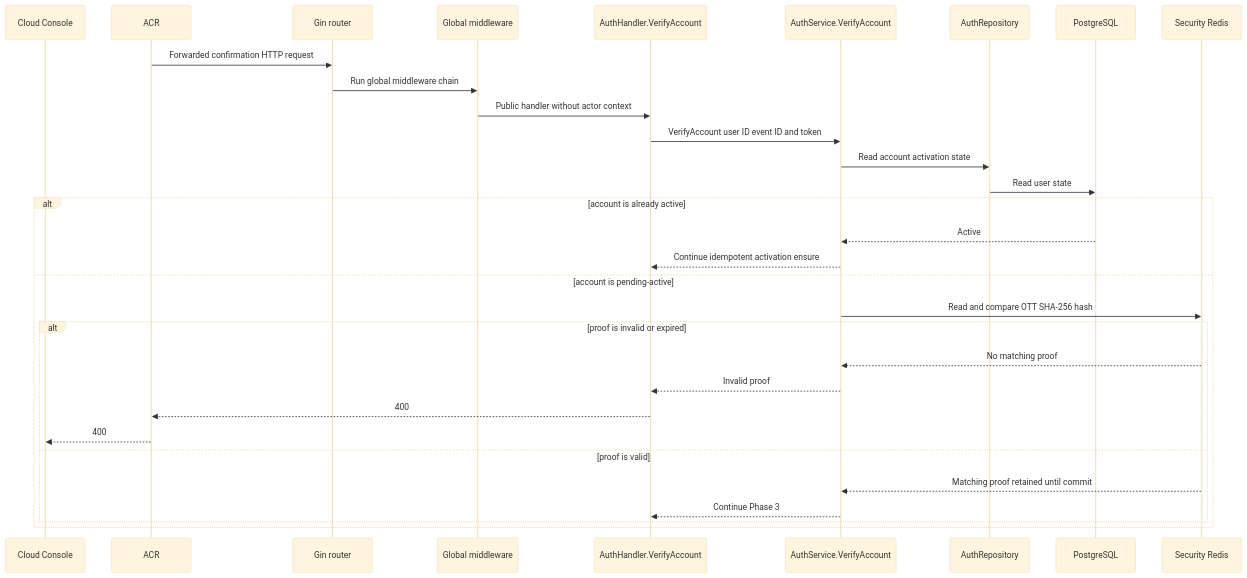
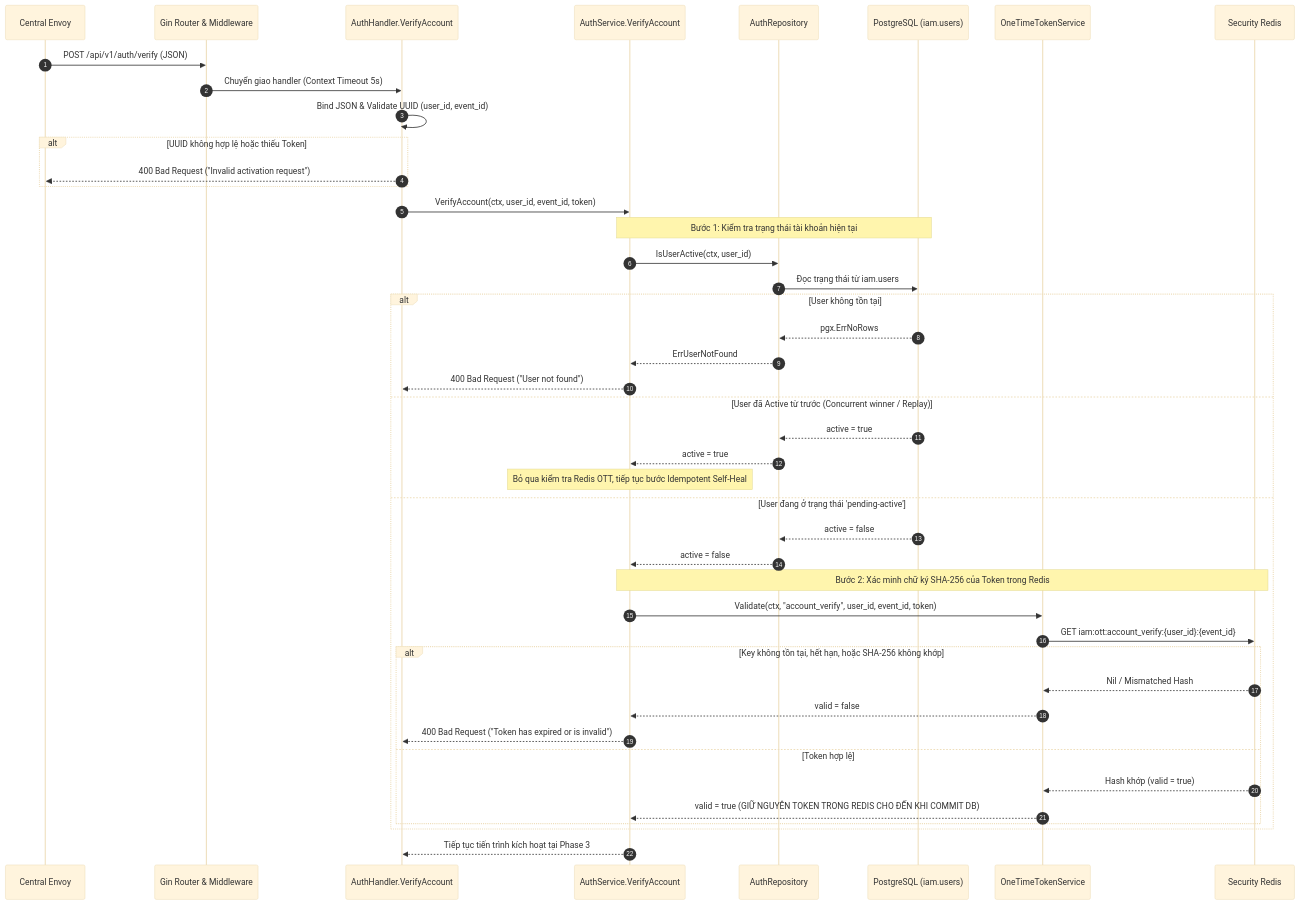
Before and after one commit to phucle996/aurora: the second of 5 diagrams in god_view/iam/account_verification_god_view_workflow.md, drawn with Mermaid (base theme). The commit also changed other lines of this file and 14 other files, not shown here.

````diff
--- a/god_view/iam/account_verification_god_view_workflow.md
+++ b/god_view/iam/account_verification_god_view_workflow.md
@@ -111,34 +128,51 @@
 ```mermaid
 sequenceDiagram
-    participant UI as Cloud Console
-    participant A as ACR
-    participant G as Gin router
-    participant M as Global middleware
+    autonumber
+    participant Envoy as Central Envoy
+    participant Gin as Gin Router & Middleware
     participant H as AuthHandler.VerifyAccount
     participant S as AuthService.VerifyAccount
     participant Repo as AuthRepository
-    participant DB as PostgreSQL
-    participant R as Security Redis
+    participant DB as PostgreSQL (iam.users)
+    participant OTT as OneTimeTokenService
+    participant SecRedis as Security Redis
 
-    A->>G: Forwarded confirmation HTTP request
-    G->>M: Run global middleware chain
-    M->>H: Public handler without actor context
-    H->>S: VerifyAccount user ID event ID and token
-    S->>Repo: Read account activation state
-    Repo->>DB: Read user state
-    alt account is already active
-        DB-->>S: Active
-        S-->>H: Continue idempotent activation ensure
-    else account is pending-active
-        S->>R: Read and compare OTT SHA-256 hash
-        alt proof is invalid or expired
-            R-->>S: No matching proof
-            S-->>H: Invalid proof
-            H-->>A: 400
-            A-->>UI: 400
-        else proof is valid
-            R-->>S: Matching proof retained until commit
-            S-->>H: Continue Phase 3
+    Envoy->>Gin: POST /api/v1/auth/verify (JSON)
+    Gin->>H: Chuyển giao handler (Context Timeout 5s)
+    H->>H: Bind JSON & Validate UUID (user_id, event_id)
+    alt UUID không hợp lệ hoặc thiếu Token
+        H-->>Envoy: 400 Bad Request ("Invalid activation request")
+    end
+
+    H->>S: VerifyAccount(ctx, user_id, event_id, token)
+
+    Note over S,DB: Bước 1: Kiểm tra trạng thái tài khoản hiện tại
+    S->>Repo: IsUserActive(ctx, user_id)
+    Repo->>DB: Đọc trạng thái từ iam.users
+    alt User không tồn tại
+        DB-->>Repo: pgx.ErrNoRows
+        Repo-->>S: ErrUserNotFound
+        S-->>H: 400 Bad Request ("User not found")
+    else User đã Active từ trước (Concurrent winner / Replay)
+        DB-->>Repo: active = true
+        Repo-->>S: active = true
+        Note over S: Bỏ qua kiểm tra Redis OTT, tiếp tục bước Idempotent Self-Heal
+    else User đang ở trạng thái 'pending-active'
+        DB-->>Repo: active = false
+        Repo-->>S: active = false
+
+        Note over S,SecRedis: Bước 2: Xác minh chữ ký SHA-256 của Token trong Redis
+        S->>OTT: Validate(ctx, "account_verify", user_id, event_id, token)
+        OTT->>SecRedis: GET iam:ott:account_verify:{user_id}:{event_id}
+        alt Key không tồn tại, hết hạn, hoặc SHA-256 không khớp
+            SecRedis-->>OTT: Nil / Mismatched Hash
+            OTT-->>S: valid = false
+            S-->>H: 400 Bad Request ("Token has expired or is invalid")
+        else Token hợp lệ
+            SecRedis-->>OTT: Hash khớp (valid = true)
+            OTT-->>S: valid = true (GIỮ NGUYÊN TOKEN TRONG REDIS CHO ĐẾN KHI COMMIT DB)
         end
     end
+
+    S-->>H: Tiếp tục tiến trình kích hoạt tại Phase 3
 ```
````
